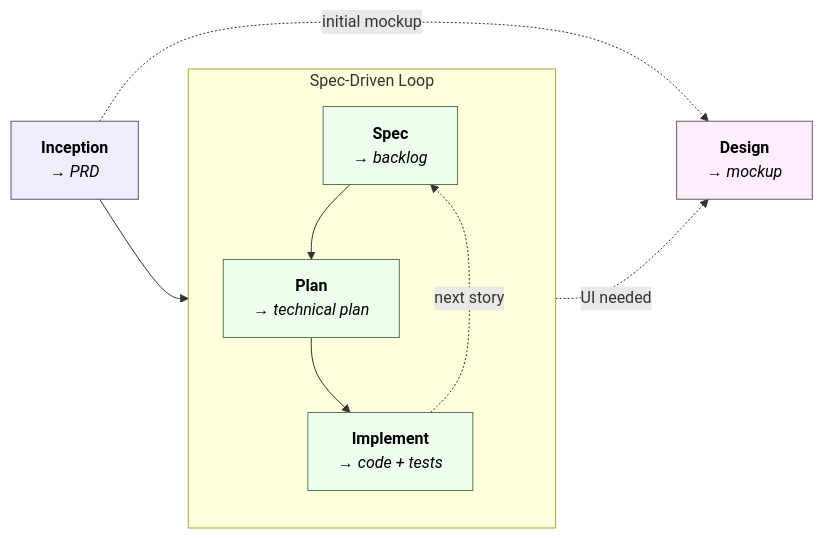
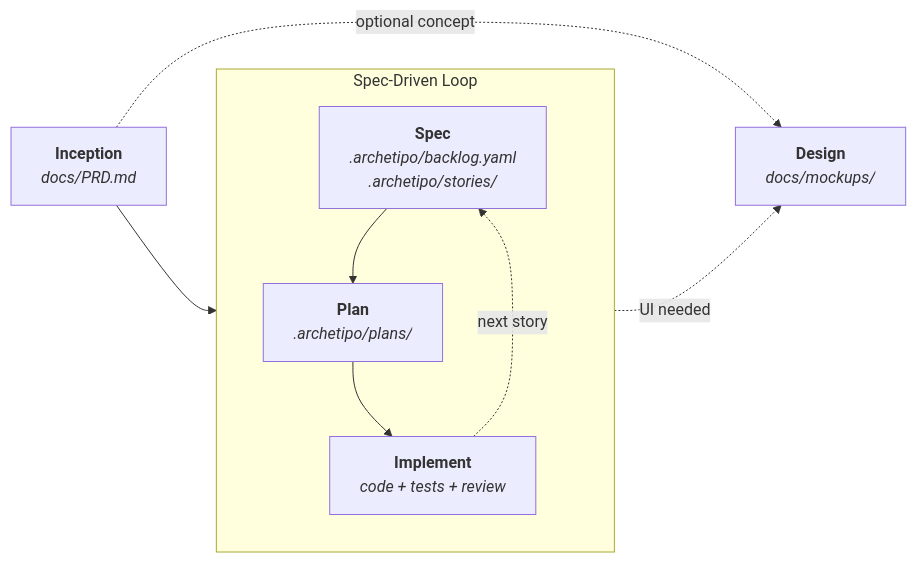
Before and after one commit to techreloaded-ar/AIRchetipo: the diagram in README.md, drawn with Mermaid. The commit also changed other lines of this file and 1 other file, not shown here.

````diff
--- a/README.md
+++ b/README.md
@@ -66,21 +74,14 @@
 ```mermaid
 flowchart LR
-    I["<b>Inception</b><br/><i>→ PRD</i>"] --> S
-    I -. initial mockup .-> D["<b>Design</b><br/><i>→ mockup</i>"]
+    I["<b>Inception</b><br/><i>docs/PRD.md</i>"] --> S
+    I -. optional concept .-> D["<b>Design</b><br/><i>docs/mockups/</i>"]
 
     subgraph Loop["Spec-Driven Loop"]
         direction TB
-        S["<b>Spec</b><br/><i>→ backlog</i>"] --> P["<b>Plan</b><br/><i>→ technical plan</i>"]
-        P --> IM["<b>Implement</b><br/><i>→ code + tests</i>"]
+        S["<b>Spec</b><br/><i>.archetipo/backlog.yaml<br/>.archetipo/stories/</i>"] --> P["<b>Plan</b><br/><i>.archetipo/plans/</i>"]
+        P --> IM["<b>Implement</b><br/><i>code + tests + review</i>"]
         IM -. next story .-> S
     end
 
     P -. UI needed .-> D
-
-    classDef oneshot fill:#eef,stroke:#557,stroke-width:1px,color:#000;
-    classDef loop fill:#efe,stroke:#575,stroke-width:1px,color:#000;
-    classDef aside fill:#fef,stroke:#755,stroke-width:1px,color:#000;
-    class I oneshot;
-    class S,P,IM loop;
-    class D aside;
 ```
````
